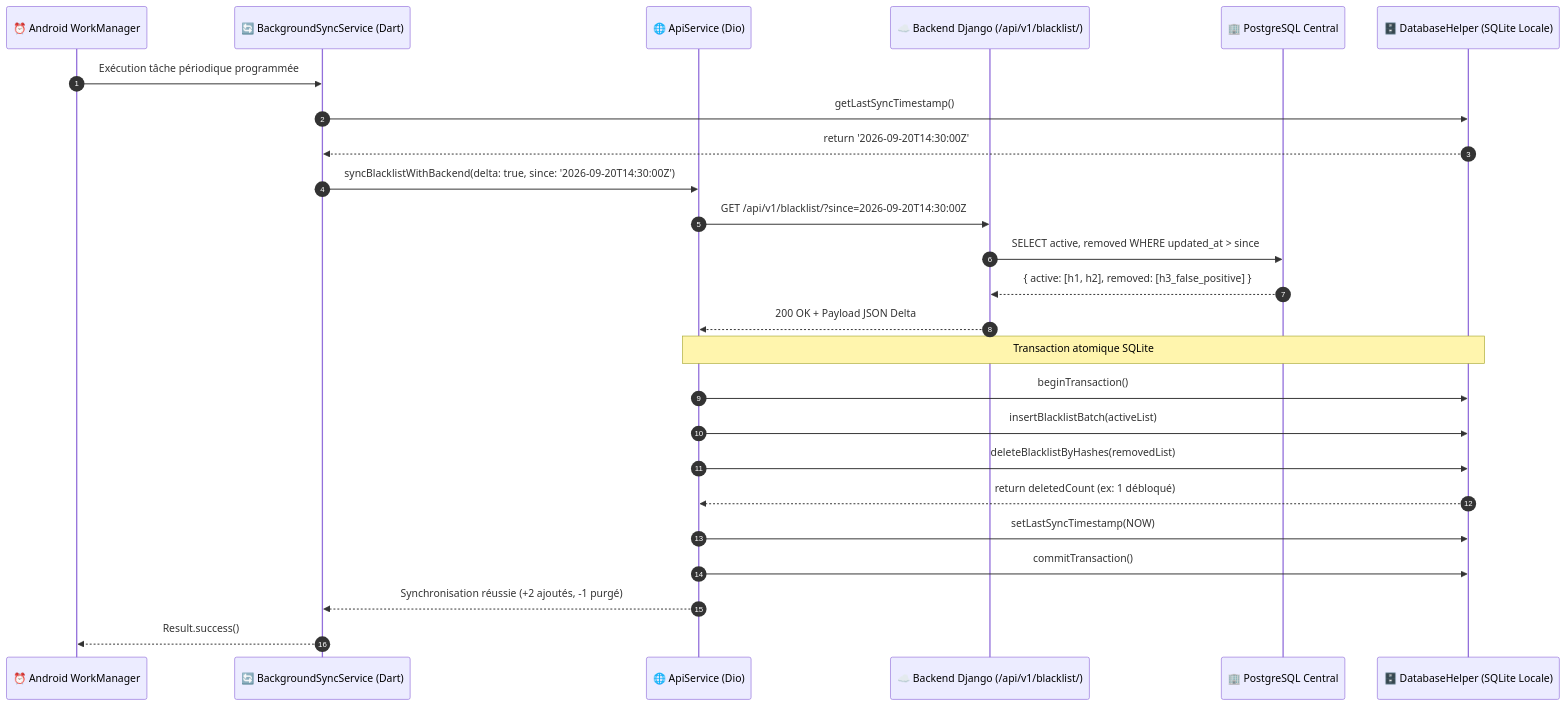
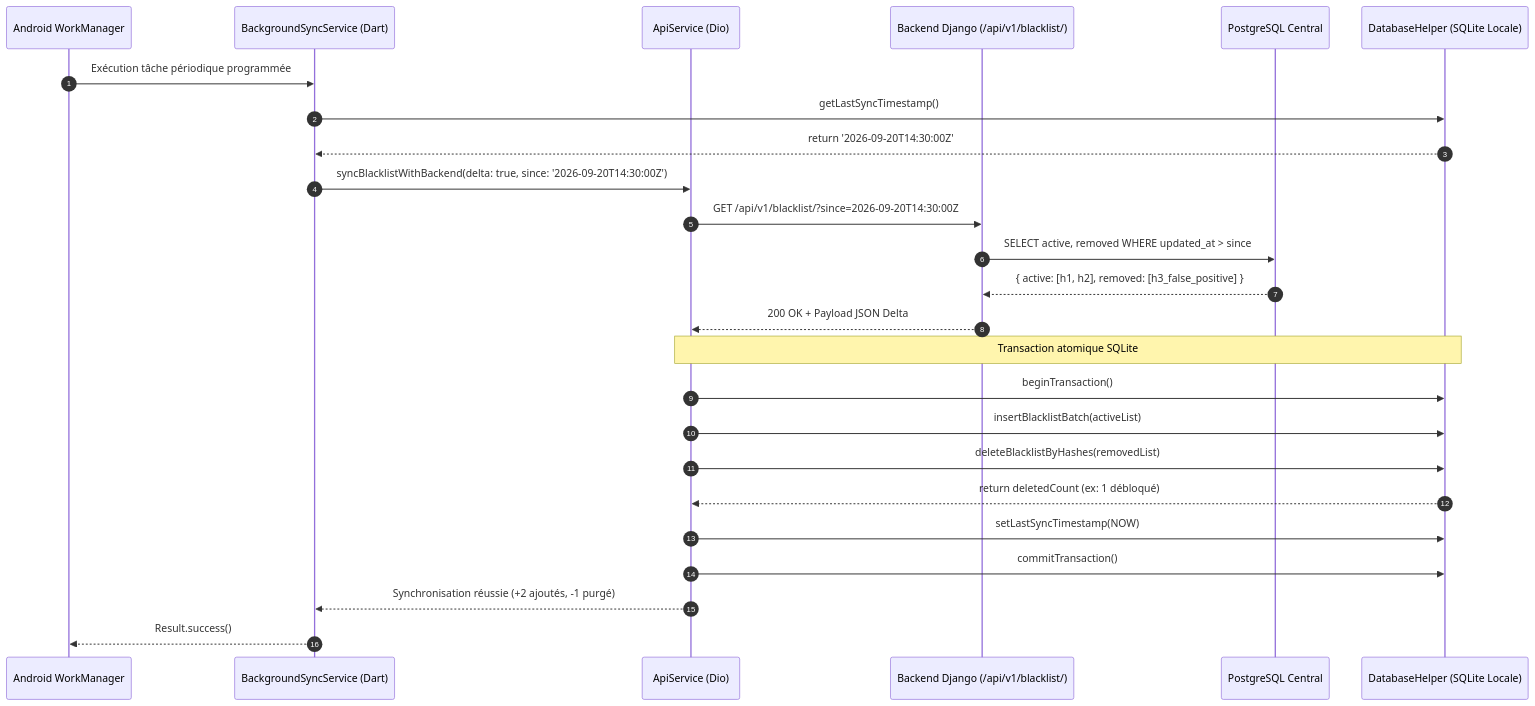
Before and after one commit to fadelilyas01/Projet-Synth-se: the second of 4 diagrams in ShieldNet/docs/SEQUENCE_DIAGRAMS.md, drawn with Mermaid. The commit also changed other lines of this file and 63 other files, not shown here.

````diff
--- a/ShieldNet/docs/SEQUENCE_DIAGRAMS.md
+++ b/ShieldNet/docs/SEQUENCE_DIAGRAMS.md
@@ -63,32 +63,32 @@
 ```mermaid
 sequenceDiagram
     autonumber
-    participant Workmanager as ⏰ Android WorkManager
-    participant SyncService as 🔄 BackgroundSyncService (Dart)
-    participant ApiService as 🌐 ApiService (Dio)
-    participant DjangoAPI as ☁️ Backend Django (/api/v1/blacklist/)
-    participant CentralDB as 🏢 PostgreSQL Central
-    participant LocalDB as 🗄️ DatabaseHelper (SQLite Locale)
+    participant Workmanager as Android WorkManager
+    participant SyncService as BackgroundSyncService (Dart)
+    participant ApiService as ApiService (Dio)
+    participant DjangoAPI as Backend Django (/api/v1/blacklist/)
+    participant CentralDB as PostgreSQL Central
+    participant LocalDB as DatabaseHelper (SQLite Locale)
 
     Workmanager->>SyncService: Exécution tâche périodique programmée
     SyncService->>LocalDB: getLastSyncTimestamp()
     LocalDB-->>SyncService: return '2026-09-20T14:30:00Z'
     
     SyncService->>ApiService: syncBlacklistWithBackend(delta: true, since: '2026-09-20T14:30:00Z')
     ApiService->>DjangoAPI: GET /api/v1/blacklist/?since=2026-09-20T14:30:00Z
     DjangoAPI->>CentralDB: SELECT active, removed WHERE updated_at > since
     CentralDB-->>DjangoAPI: { active: [h1, h2], removed: [h3_false_positive] }
     DjangoAPI-->>ApiService: 200 OK + Payload JSON Delta
     
     %% Transaction locale SQLite
     Note over ApiService,LocalDB: Transaction atomique SQLite
     ApiService->>LocalDB: beginTransaction()
     ApiService->>LocalDB: insertBlacklistBatch(activeList)
     ApiService->>LocalDB: deleteBlacklistByHashes(removedList)
     LocalDB-->>ApiService: return deletedCount (ex: 1 débloqué)
     ApiService->>LocalDB: setLastSyncTimestamp(NOW)
     ApiService->>LocalDB: commitTransaction()
     
     ApiService-->>SyncService: Synchronisation réussie (+2 ajoutés, -1 purgé)
     SyncService-->>Workmanager: Result.success()
 ```
````
